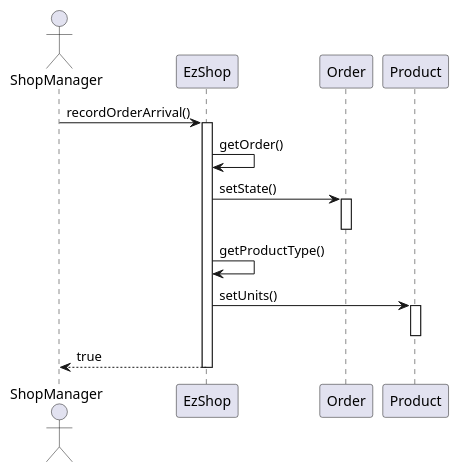
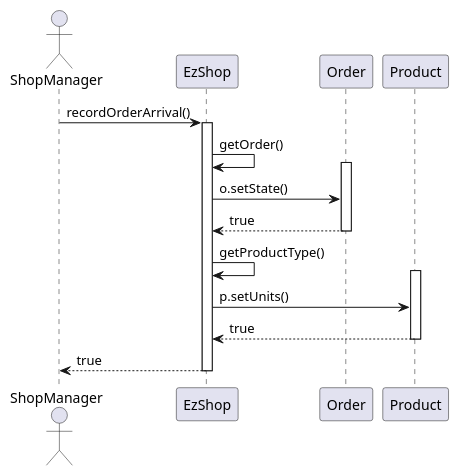
Diagram 12 of 29 in Deliverables/DesignDocument.md (paocela/EzShop), drawn with PlantUML before and after one commit. The commit also changed other lines of this file, not shown here.

Commit message:
Reviewed all sequence diagrams

````diff
--- a/Deliverables/DesignDocument.md
+++ b/Deliverables/DesignDocument.md
@@ -456,15 +459,18 @@
 ```plantuml
 actor ShopManager
 ShopManager -> EzShop: recordOrderArrival()
 activate EzShop
 EzShop -> EzShop : getOrder()
-EzShop -> Order : setState()
 activate Order
+EzShop -> Order : o.setState()
+EzShop <-- Order : true
+
 deactivate Order
 EzShop -> EzShop : getProductType()
-EzShop -> Product : setUnits()
 activate Product
+EzShop -> Product : p.setUnits()
+EzShop <-- Product : true
 deactivate Product
 ShopManager <-- EzShop : true 
 deactivate EzShop
 ```
````
